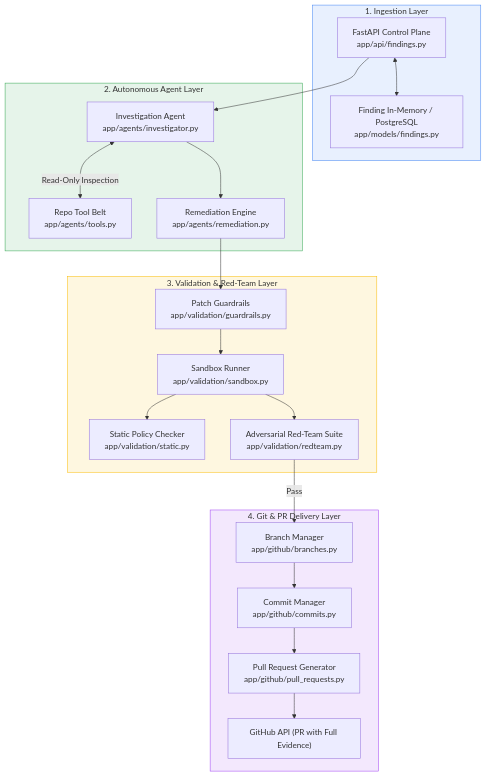
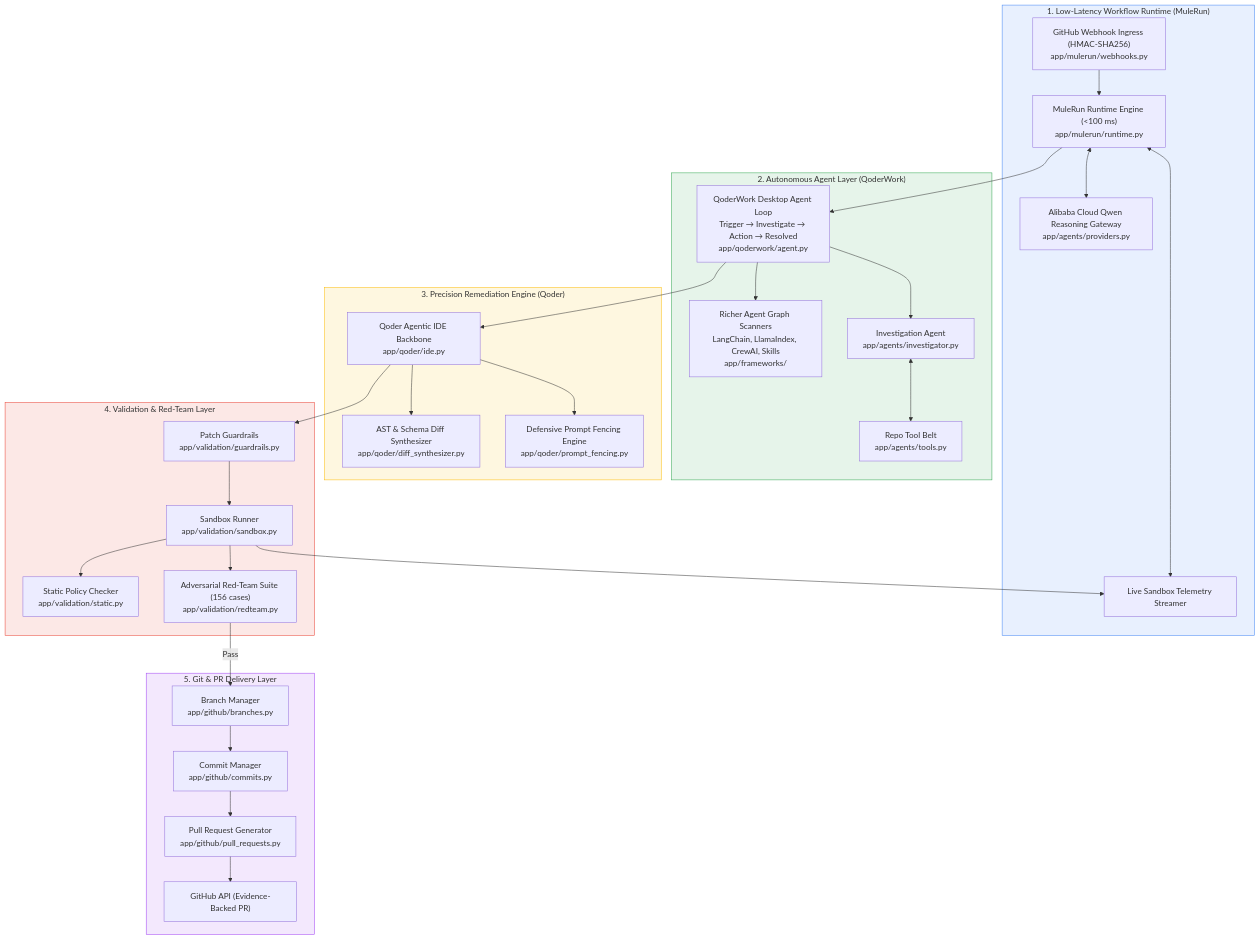
Before and after one commit to kavix/OpenShomer: the first of 3 diagrams in docs/ARCHITECTURE.md, drawn with Mermaid. The commit also changed 4 other files, not shown here.

Commit message:
docs: update architecture, roadmap, progress report, and README with v0.1 & v0.2 details

````diff
--- a/docs/ARCHITECTURE.md
+++ b/docs/ARCHITECTURE.md
@@ -9,46 +9,65 @@
 ```mermaid
 graph TD
-    subgraph INGEST["1. Ingestion Layer"]
-        API["FastAPI Control Plane<br/>app/api/findings.py"]
-        Store["Finding In-Memory / PostgreSQL<br/>app/models/findings.py"]
-        API <--> Store
+    subgraph RUNTIME["1. Low-Latency Workflow Runtime (MuleRun)"]
+        MR["MuleRun Runtime Engine (<100 ms)<br/>app/mulerun/runtime.py"]
+        WH["GitHub Webhook Ingress (HMAC-SHA256)<br/>app/mulerun/webhooks.py"]
+        QWEN["Alibaba Cloud Qwen Reasoning Gateway<br/>app/agents/providers.py"]
+        TELEM["Live Sandbox Telemetry Streamer"]
+        
+        WH --> MR
+        MR <--> QWEN
+        MR <--> TELEM
     end
 
-    subgraph AGENTS["2. Autonomous Agent Layer"]
+    subgraph AGENTS["2. Autonomous Agent Layer (QoderWork)"]
+        QW["QoderWork Desktop Agent Loop<br/>Trigger → Investigate → Action → Resolved<br/>app/qoderwork/agent.py"]
+        FW["Richer Agent Graph Scanners<br/>LangChain, LlamaIndex, CrewAI, Skills<br/>app/frameworks/"]
         IA["Investigation Agent<br/>app/agents/investigator.py"]
         RT["Repo Tool Belt<br/>app/agents/tools.py"]
-        RE["Remediation Engine<br/>app/agents/remediation.py"]
         
-        API --> IA
-        IA <-->|Read-Only Inspection| RT
-        IA --> RE
+        MR --> QW
+        QW --> FW
+        QW --> IA
+        IA <--> RT
     end
 
-    subgraph VALIDATION["3. Validation & Red-Team Layer"]
+    subgraph REMEDIATION["3. Precision Remediation Engine (Qoder)"]
+        QD["Qoder Agentic IDE Backbone<br/>app/qoder/ide.py"]
+        DS["AST & Schema Diff Synthesizer<br/>app/qoder/diff_synthesizer.py"]
+        PF["Defensive Prompt Fencing Engine<br/>app/qoder/prompt_fencing.py"]
+        
+        QW --> QD
+        QD --> DS
+        QD --> PF
+    end
+
+    subgraph VALIDATION["4. Validation & Red-Team Layer"]
         GR["Patch Guardrails<br/>app/validation/guardrails.py"]
         SB["Sandbox Runner<br/>app/validation/sandbox.py"]
         ST["Static Policy Checker<br/>app/validation/static.py"]
-        AT["Adversarial Red-Team Suite<br/>app/validation/redteam.py"]
+        AT["Adversarial Red-Team Suite (156 cases)<br/>app/validation/redteam.py"]
 
-        RE --> GR
+        QD --> GR
         GR --> SB
         SB --> ST
         SB --> AT
+        SB --> TELEM
     end
 
-    subgraph DELIVERY["4. Git & PR Delivery Layer"]
+    subgraph DELIVERY["5. Git & PR Delivery Layer"]
         BM["Branch Manager<br/>app/github/branches.py"]
         CM["Commit Manager<br/>app/github/commits.py"]
         PM["Pull Request Generator<br/>app/github/pull_requests.py"]
 
         AT -- "Pass" --> BM
         BM --> CM
         CM --> PM
-        PM --> GH["GitHub API (PR with Full Evidence)"]
+        PM --> GH["GitHub API (Evidence-Backed PR)"]
     end
 
-    style INGEST fill:#e8f0fe,stroke:#4285f4
+    style RUNTIME fill:#e8f0fe,stroke:#4285f4
     style AGENTS fill:#e6f4ea,stroke:#34a853
-    style VALIDATION fill:#fef7e0,stroke:#fbbc05
+    style REMEDIATION fill:#fef7e0,stroke:#fbbc05
+    style VALIDATION fill:#fce8e6,stroke:#ea4335
     style DELIVERY fill:#f3e8fd,stroke:#a142f4
 ```
````
